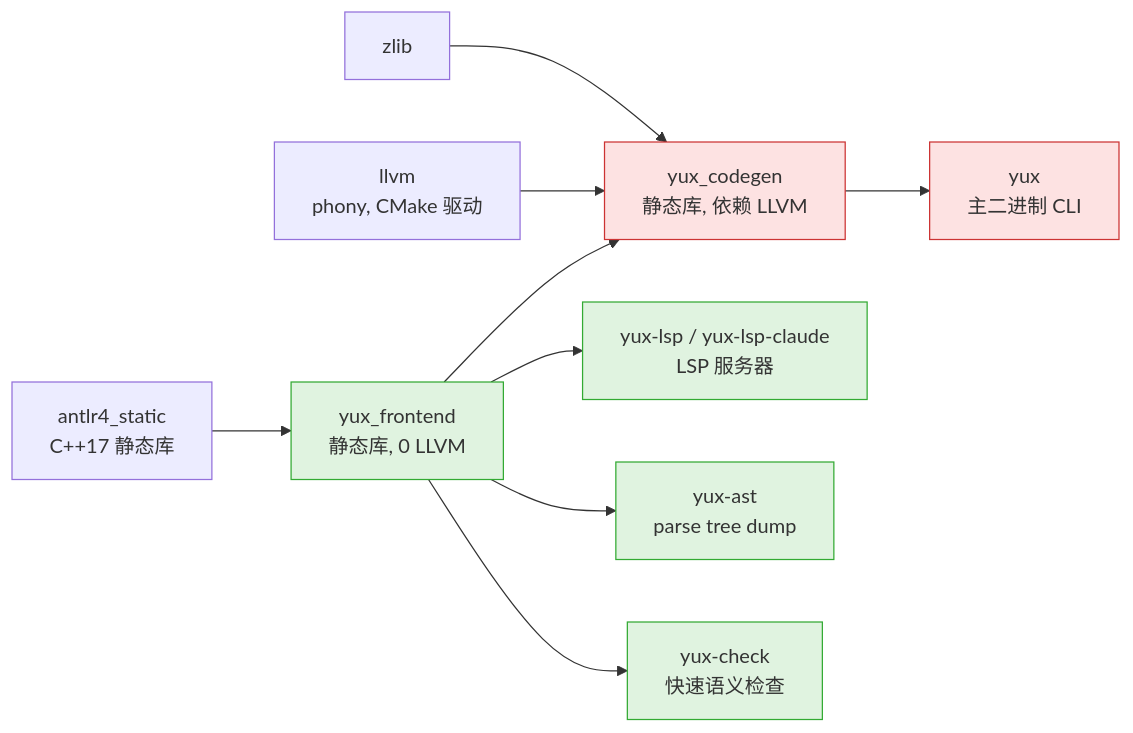
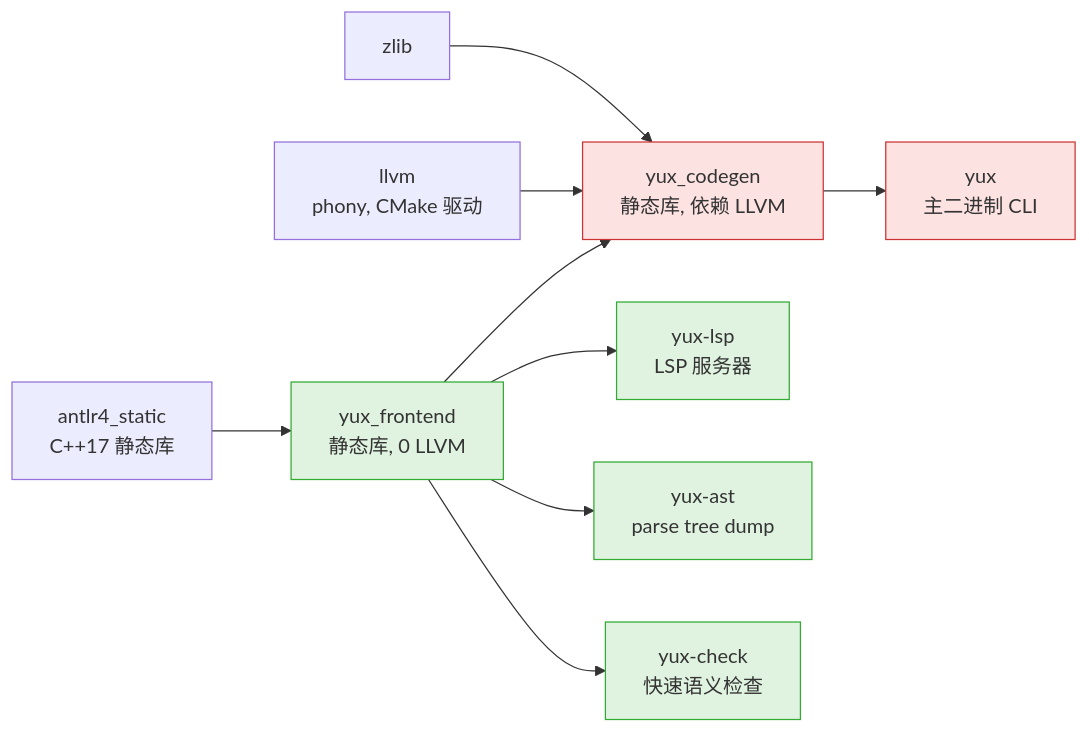
Before and after one commit to riu-lang/riu: the first of 6 diagrams in yux.md, drawn with Mermaid. The commit also changed other lines of this file and 10 other files, not shown here.

````diff
--- a/yux.md
+++ b/yux.md
@@ -11,29 +11,29 @@
 ```mermaid
 graph LR
     antlr[antlr4_static<br/>C++17 静态库]
     zlib[zlib]
     llvm[llvm<br/>phony, CMake 驱动]
 
     frontend[yux_frontend<br/>静态库, 0 LLVM]
     codegen[yux_codegen<br/>静态库, 依赖 LLVM]
 
     yux[yux<br/>主二进制 CLI]
-    lsp[yux-lsp / yux-lsp-claude<br/>LSP 服务器]
+    lsp[yux-lsp<br/>LSP 服务器]
     ast[yux-ast<br/>parse tree dump]
     check[yux-check<br/>快速语义检查]
 
     antlr --> frontend
     frontend --> codegen
     zlib --> codegen
     llvm --> codegen
 
     codegen --> yux
     frontend --> lsp
     frontend --> ast
     frontend --> check
 
     classDef nollvm fill:#e0f3e0,stroke:#3a3
     classDef llvmDep fill:#fde2e2,stroke:#c33
     class frontend,lsp,ast,check nollvm
     class codegen,yux llvmDep
 ```
````
